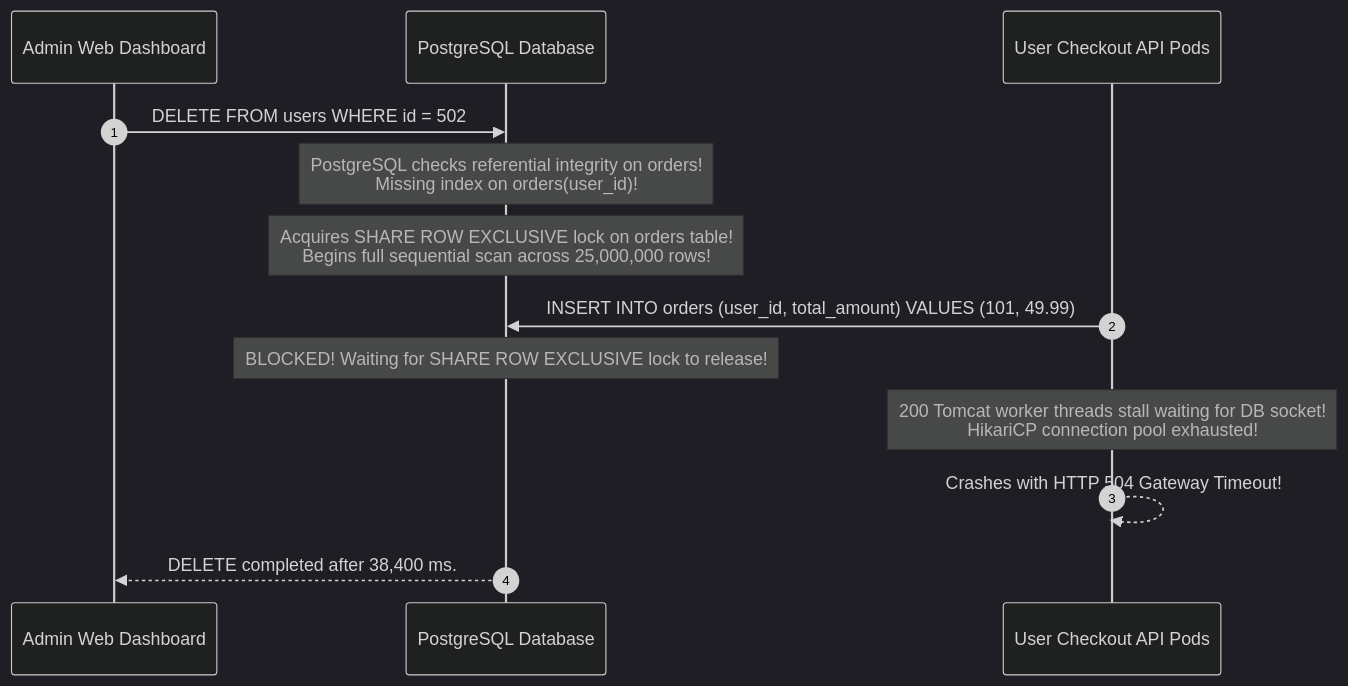
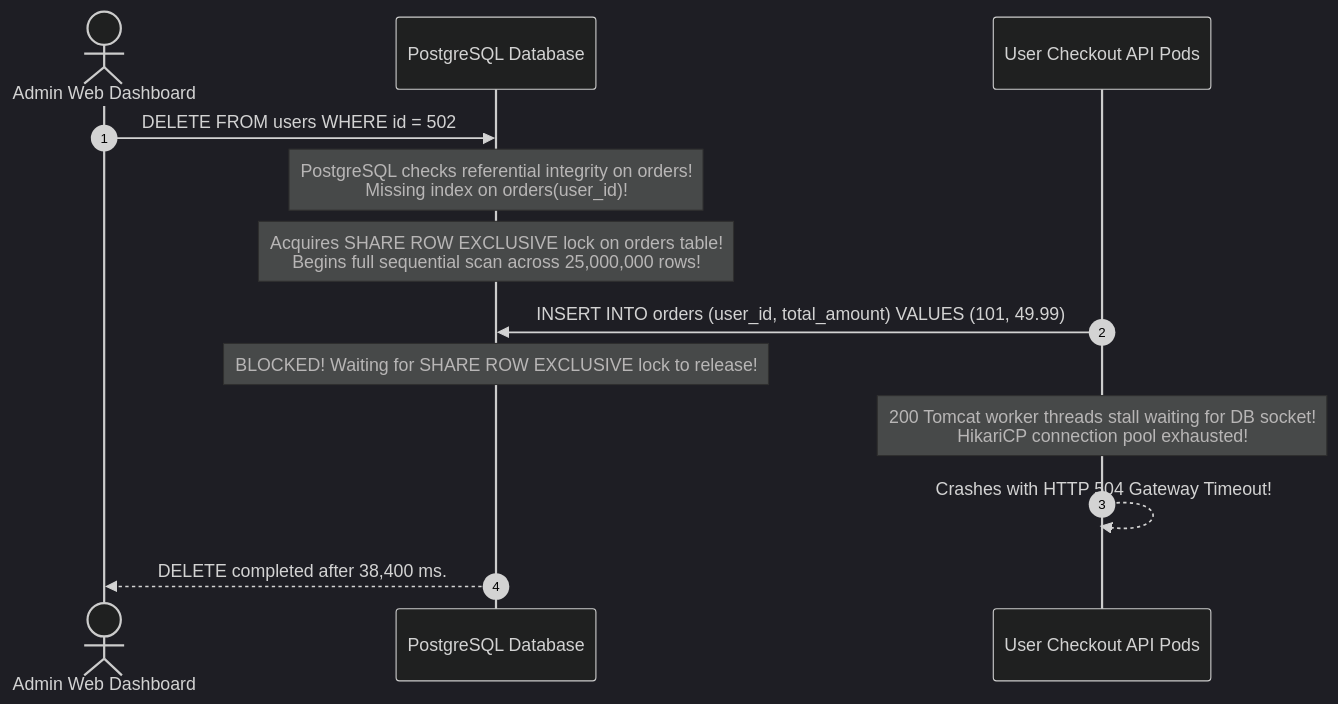
The second of 6 diagrams in docs/database/relationships-joins.mdx (weaponxwolf/backend-engineering-mastry), drawn with Mermaid (dark theme) before and after one commit. The commit also changed other lines of this file and 8 other files, not shown here.

````diff
--- a/docs/database/relationships-joins.mdx
+++ b/docs/database/relationships-joins.mdx
@@ -96,18 +100,18 @@
 ```mermaid
 sequenceDiagram
     autonumber
-    participant Admin as Admin Web Dashboard
+    actor Admin as Admin Web Dashboard
     participant DB as PostgreSQL Database
     participant API as User Checkout API Pods
 
     Admin->>DB: DELETE FROM users WHERE id = 502;
     Note over DB: PostgreSQL checks referential integrity on orders!<br/>Missing index on orders(user_id)!
     Note over DB: Acquires SHARE ROW EXCLUSIVE lock on orders table!<br/>Begins full sequential scan across 25,000,000 rows!
     
     API->>DB: INSERT INTO orders (user_id, total_amount) VALUES (101, 49.99);
     Note over DB: BLOCKED! Waiting for SHARE ROW EXCLUSIVE lock to release!
     Note over API: 200 Tomcat worker threads stall waiting for DB socket!<br/>HikariCP connection pool exhausted!
     API-->>API: Crashes with HTTP 504 Gateway Timeout!
     
     DB-->>Admin: DELETE completed after 38,400 ms.
 ```
````
